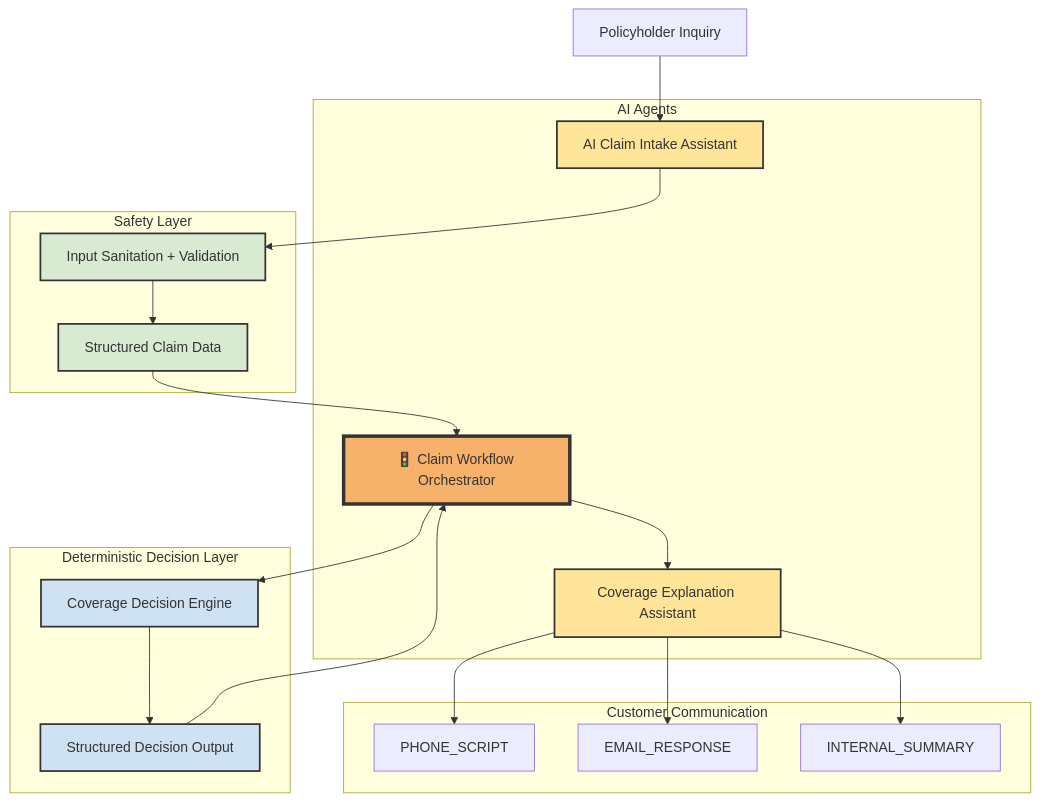
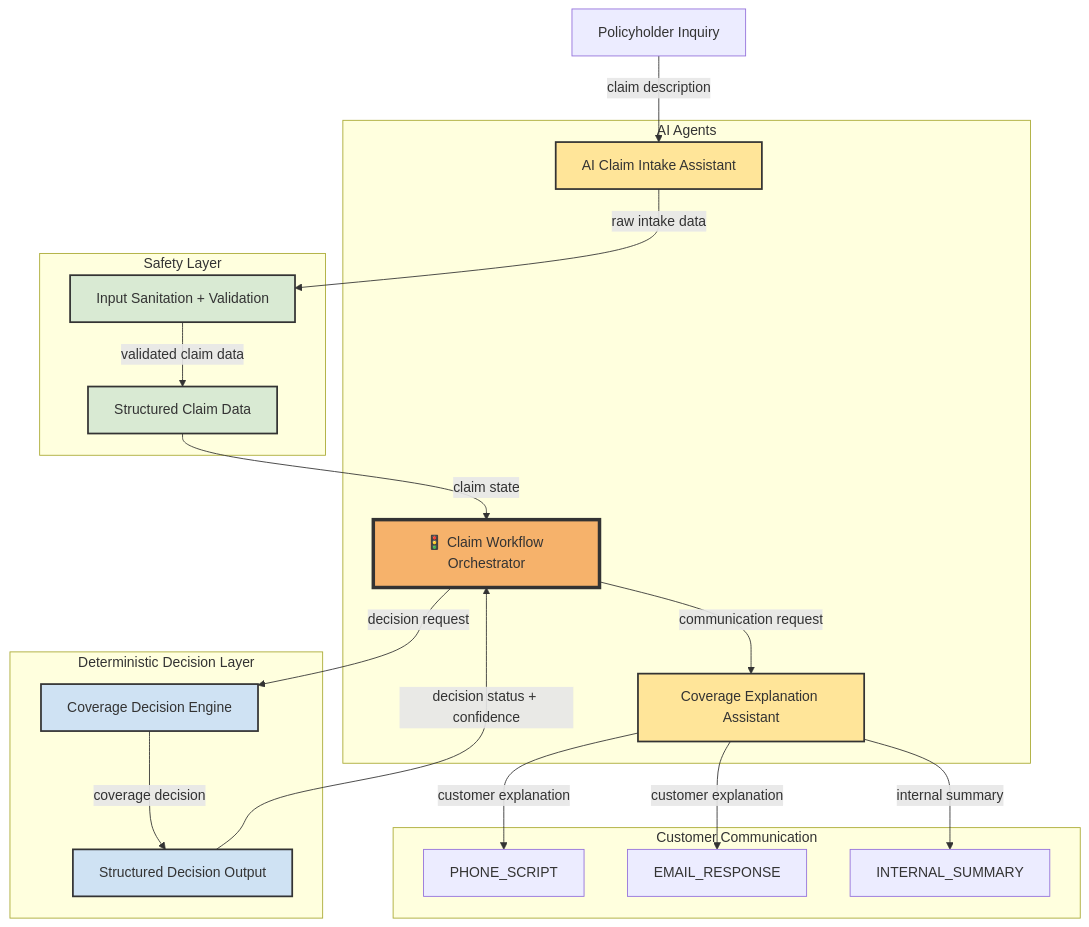
The diagram in README.md (badenaaron-oss/ai-claim-workflow-orchestrator), drawn with Mermaid before and after one commit. The commit also changed other lines of this file, not shown here.

````diff
--- a/README.md
+++ b/README.md
@@ -13,55 +13,55 @@
 ```mermaid
 flowchart TD
 
 A[Policyholder Inquiry]
 
 subgraph AI Agents
 B[AI Claim Intake Assistant]
 E[🚦 Claim Workflow Orchestrator]
 F[Coverage Explanation Assistant]
 end
 
 subgraph Safety Layer
 C[Input Sanitation + Validation]
 D[Structured Claim Data]
 end
 
 subgraph Deterministic Decision Layer
 G[Coverage Decision Engine]
 H[Structured Decision Output]
 end
 
 subgraph Customer Communication
 I[PHONE_SCRIPT]
 J[EMAIL_RESPONSE]
 K[INTERNAL_SUMMARY]
 end
 
-A --> B
-B --> C
-C --> D
-D --> E
+A -->|claim description| B
+B -->|raw intake data| C
+C -->|validated claim data| D
+D -->|claim state| E
 
-E --> G
-G --> H
+E -->|decision request| G
+G -->|coverage decision| H
 
-H --> E
+H -->|decision status + confidence| E
 
-E --> F
+E -->|communication request| F
 
-F --> I
-F --> J
-F --> K
+F -->|customer explanation| I
+F -->|customer explanation| J
+F -->|internal summary| K
 
 %% styling
 
 classDef ai fill:#ffe599,stroke:#333,stroke-width:2px
 classDef orchestrator fill:#f6b26b,stroke:#333,stroke-width:4px
 classDef safety fill:#d9ead3,stroke:#333,stroke-width:2px
 classDef decision fill:#cfe2f3,stroke:#333,stroke-width:2px
 
 class B,F ai
 class E orchestrator
 class C,D safety
 class G,H decision
 ```
````
